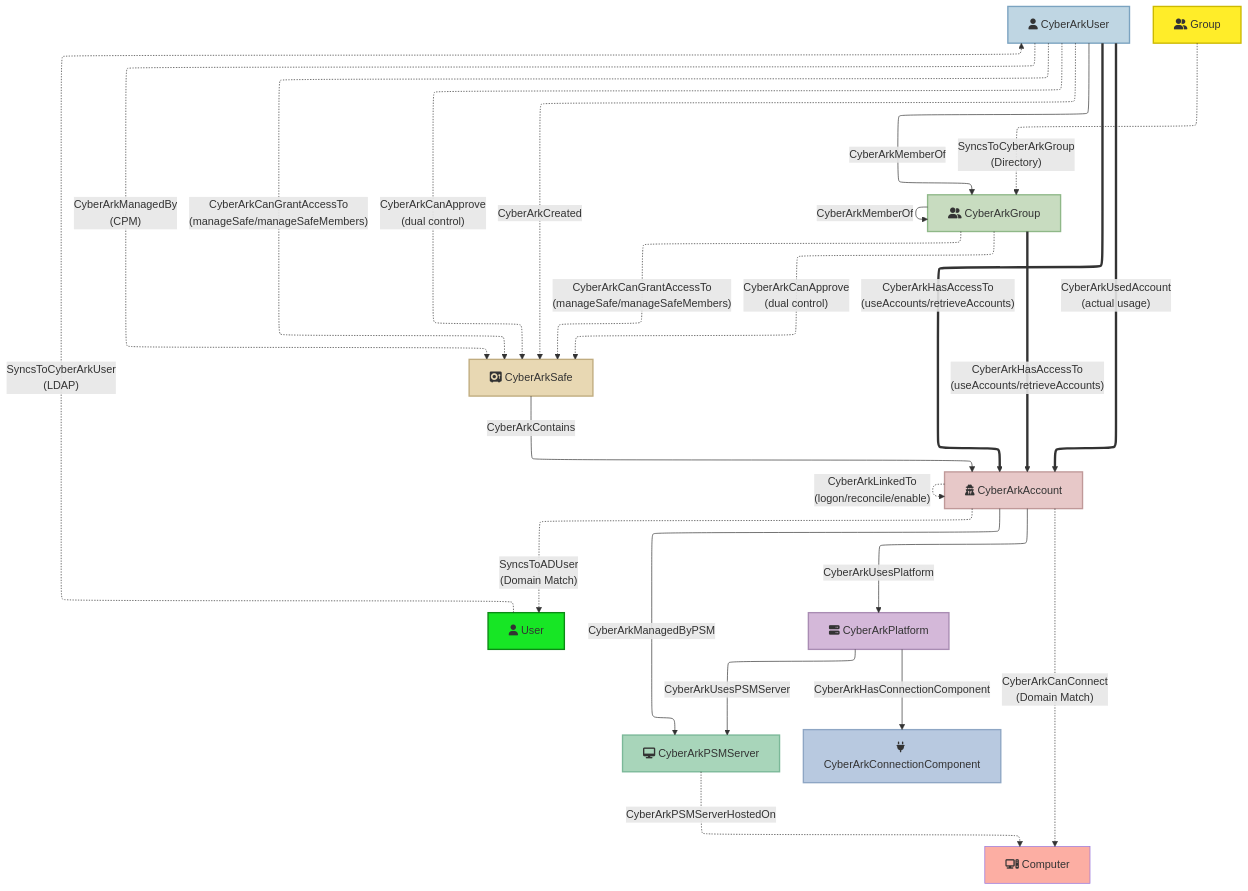
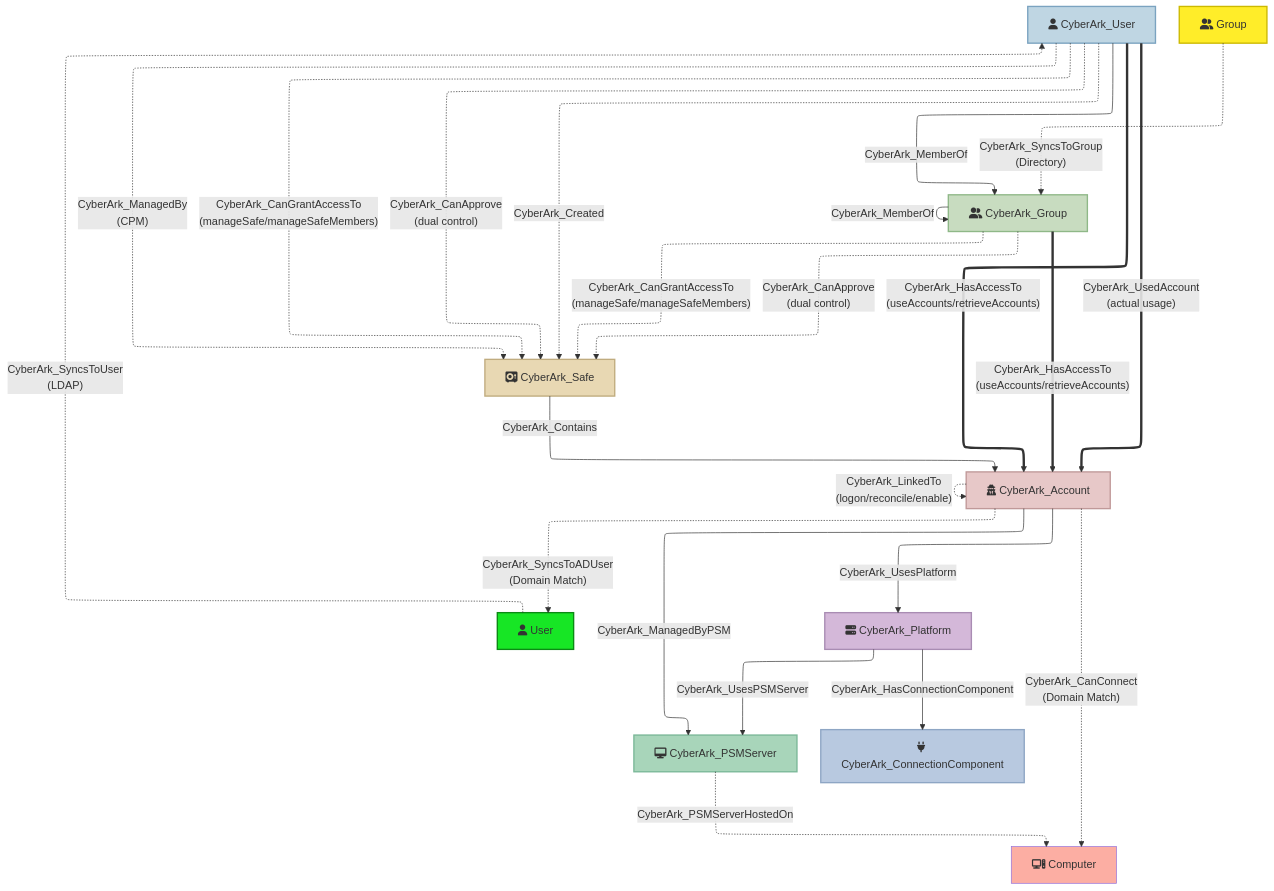
Before and after one commit to jazofra/CyberArkHound: the diagram in README.md, drawn with Mermaid. The commit also changed other lines of this file and 6 other files, not shown here.

First line of the commit message:
Namespace all graph kinds as CyberArk_* for OpenGraph schema compliance

````diff
--- a/README.md
+++ b/README.md
@@ -701,39 +701,39 @@
 ```mermaid
 ---
 config:
  layout: elk
 ---
 flowchart TD
- User["fa:fa-user User"] -. SyncsToCyberArkUser<br>(LDAP) .-> CyberArkUser["fa:fa-user CyberArkUser"]
- Group["fa:fa-user-group Group"] -. SyncsToCyberArkGroup<br>(Directory) .-> CyberArkGroup["fa:fa-user-group CyberArkGroup"]
- CyberArkAccount["fa:fa-user-secret CyberArkAccount"] -. SyncsToADUser<br>(Domain Match) .-> User
- CyberArkAccount -. CyberArkCanConnect<br>(Domain Match) .-> Computer["fa:fa-computer Computer"]
- CyberArkUser -- CyberArkMemberOf --> CyberArkGroup
- CyberArkGroup -- CyberArkMemberOf --> CyberArkGroup
- CyberArkUser == CyberArkHasAccessTo<br>(useAccounts/retrieveAccounts) ==> CyberArkAccount
- CyberArkGroup == CyberArkHasAccessTo<br>(useAccounts/retrieveAccounts) ==> CyberArkAccount
- CyberArkUser == CyberArkUsedAccount<br>(actual usage) ==> CyberArkAccount
- CyberArkUser -. CyberArkCanGrantAccessTo<br>(manageSafe/manageSafeMembers) .-> CyberArkSafe["fa:fa-vault CyberArkSafe"]
- CyberArkGroup -. CyberArkCanGrantAccessTo<br>(manageSafe/manageSafeMembers) .-> CyberArkSafe
- CyberArkUser -. CyberArkCanApprove<br>(dual control) .-> CyberArkSafe
- CyberArkGroup -. CyberArkCanApprove<br>(dual control) .-> CyberArkSafe
- CyberArkSafe -- CyberArkContains --> CyberArkAccount
- CyberArkUser -. CyberArkCreated .-> CyberArkSafe
- CyberArkUser -. CyberArkManagedBy<br>(CPM) .-> CyberArkSafe
- CyberArkAccount -. CyberArkLinkedTo<br>(logon/reconcile/enable) .-> CyberArkAccount
- CyberArkAccount -- CyberArkUsesPlatform --> CyberArkPlatform["fa:fa-server CyberArkPlatform"]
- CyberArkAccount -- CyberArkManagedByPSM --> CyberArkPSMServer["fa:fa-desktop CyberArkPSMServer"]
- CyberArkPlatform -- CyberArkUsesPSMServer --> CyberArkPSMServer
- CyberArkPlatform -- CyberArkHasConnectionComponent --> CyberArkConnectionComponent["fa:fa-plug CyberArkConnectionComponent"]
- CyberArkPSMServer -. CyberArkPSMServerHostedOn .-> Computer
+ User["fa:fa-user User"] -. CyberArk_SyncsToUser<br>(LDAP) .-> CyberArk_User["fa:fa-user CyberArk_User"]
+ Group["fa:fa-user-group Group"] -. CyberArk_SyncsToGroup<br>(Directory) .-> CyberArk_Group["fa:fa-user-group CyberArk_Group"]
+ CyberArk_Account["fa:fa-user-secret CyberArk_Account"] -. CyberArk_SyncsToADUser<br>(Domain Match) .-> User
+ CyberArk_Account -. CyberArk_CanConnect<br>(Domain Match) .-> Computer["fa:fa-computer Computer"]
+ CyberArk_User -- CyberArk_MemberOf --> CyberArk_Group
+ CyberArk_Group -- CyberArk_MemberOf --> CyberArk_Group
+ CyberArk_User == CyberArk_HasAccessTo<br>(useAccounts/retrieveAccounts) ==> CyberArk_Account
+ CyberArk_Group == CyberArk_HasAccessTo<br>(useAccounts/retrieveAccounts) ==> CyberArk_Account
+ CyberArk_User == CyberArk_UsedAccount<br>(actual usage) ==> CyberArk_Account
+ CyberArk_User -. CyberArk_CanGrantAccessTo<br>(manageSafe/manageSafeMembers) .-> CyberArk_Safe["fa:fa-vault CyberArk_Safe"]
+ CyberArk_Group -. CyberArk_CanGrantAccessTo<br>(manageSafe/manageSafeMembers) .-> CyberArk_Safe
+ CyberArk_User -. CyberArk_CanApprove<br>(dual control) .-> CyberArk_Safe
+ CyberArk_Group -. CyberArk_CanApprove<br>(dual control) .-> CyberArk_Safe
+ CyberArk_Safe -- CyberArk_Contains --> CyberArk_Account
+ CyberArk_User -. CyberArk_Created .-> CyberArk_Safe
+ CyberArk_User -. CyberArk_ManagedBy<br>(CPM) .-> CyberArk_Safe
+ CyberArk_Account -. CyberArk_LinkedTo<br>(logon/reconcile/enable) .-> CyberArk_Account
+ CyberArk_Account -- CyberArk_UsesPlatform --> CyberArk_Platform["fa:fa-server CyberArk_Platform"]
+ CyberArk_Account -- CyberArk_ManagedByPSM --> CyberArk_PSMServer["fa:fa-desktop CyberArk_PSMServer"]
+ CyberArk_Platform -- CyberArk_UsesPSMServer --> CyberArk_PSMServer
+ CyberArk_Platform -- CyberArk_HasConnectionComponent --> CyberArk_ConnectionComponent["fa:fa-plug CyberArk_ConnectionComponent"]
+ CyberArk_PSMServer -. CyberArk_PSMServerHostedOn .-> Computer
  style User fill:#17E625,stroke:#0B8A14,stroke-width:2px
  style Computer fill:#FCAEA3,stroke:DF7E71,stroke-widthg:2px
- style CyberArkUser fill:#BFD6E3,stroke:#7BA3C0,stroke-width:2px
+ style CyberArk_User fill:#BFD6E3,stroke:#7BA3C0,stroke-width:2px
  style Group fill:#FFED29,stroke:#CCB900,stroke-width:2px
- style CyberArkGroup fill:#C8DCC0,stroke:#8FB888,stroke-width:2px
- style CyberArkAccount fill:#E7C8C8,stroke:#C09999,stroke-width:2px
- style CyberArkSafe fill:#E8D8B3,stroke:#C0AC7F,stroke-width:2px
- style CyberArkPlatform fill:#D4B8D9,stroke:#A98CB3,stroke-width:2px
- style CyberArkPSMServer fill:#A8D5BA,stroke:#7BB898,stroke-width:2px
- style CyberArkConnectionComponent fill:#B8C9E0,stroke:#8EA6C4,stroke-width:2px
+ style CyberArk_Group fill:#C8DCC0,stroke:#8FB888,stroke-width:2px
+ style CyberArk_Account fill:#E7C8C8,stroke:#C09999,stroke-width:2px
+ style CyberArk_Safe fill:#E8D8B3,stroke:#C0AC7F,stroke-width:2px
+ style CyberArk_Platform fill:#D4B8D9,stroke:#A98CB3,stroke-width:2px
+ style CyberArk_PSMServer fill:#A8D5BA,stroke:#7BB898,stroke-width:2px
+ style CyberArk_ConnectionComponent fill:#B8C9E0,stroke:#8EA6C4,stroke-width:2px
 ```
````
